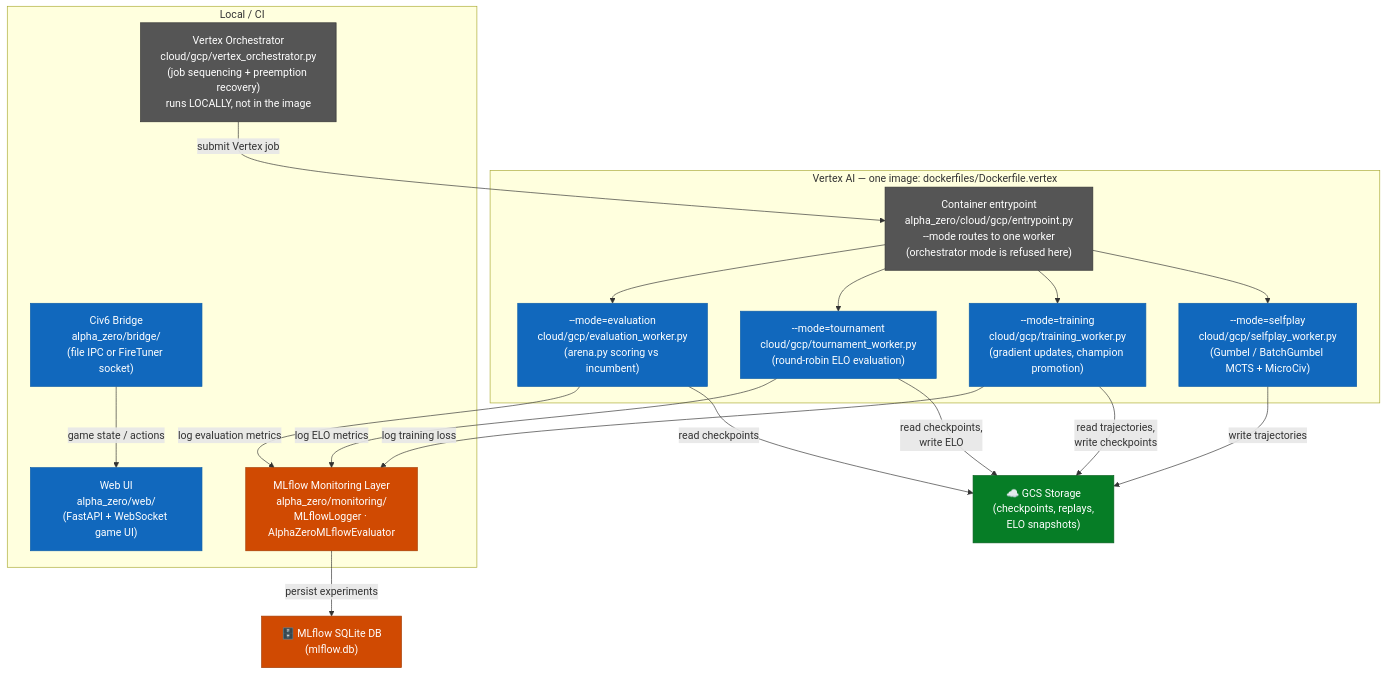
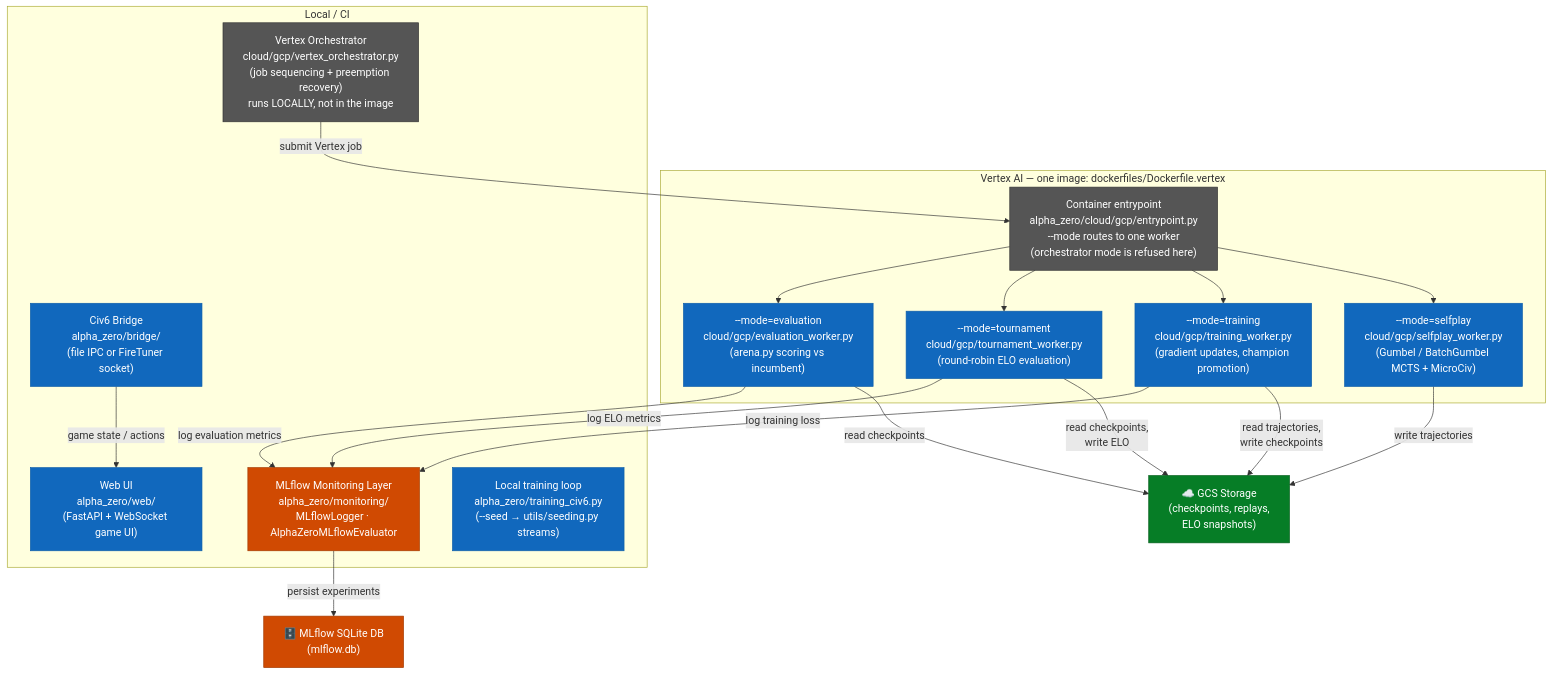
Before and after one commit to Mango-Metrics-NLM/Civ6-AlphaZero: the second of 7 diagrams in docs/architecture/C4_ARCHITECTURE.md, drawn with Mermaid. The commit also changed other lines of this file and 24 other files, not shown here.

````diff
--- a/docs/architecture/C4_ARCHITECTURE.md
+++ b/docs/architecture/C4_ARCHITECTURE.md
@@ -68,43 +68,44 @@
 ```mermaid
 flowchart TB
     classDef worker fill:#1168BD,color:#fff,stroke:#0E5EA8
     classDef storage fill:#067D26,color:#fff,stroke:#055E1C
     classDef new fill:#D04A02,color:#fff,stroke:#A33A01
     classDef infra fill:#555,color:#fff,stroke:#333
 
     GCS["☁️ GCS Storage\n(checkpoints, replays,\nELO snapshots)"]:::storage
     MLiteDB["🗄️ MLflow SQLite DB\n(mlflow.db)"]:::new
 
     subgraph VertexAI["Vertex AI — one image: dockerfiles/Dockerfile.vertex"]
         Entry["Container entrypoint\nalpha_zero/cloud/gcp/entrypoint.py\n--mode routes to one worker\n(orchestrator mode is refused here)"]:::infra
         SPWorker["--mode=selfplay\ncloud/gcp/selfplay_worker.py\n(Gumbel / BatchGumbel MCTS + MicroCiv)"]:::worker
         TrainWorker["--mode=training\ncloud/gcp/training_worker.py\n(gradient updates, champion promotion)"]:::worker
         TournWorker["--mode=tournament\ncloud/gcp/tournament_worker.py\n(round-robin ELO evaluation)"]:::worker
         EvalWorker["--mode=evaluation\ncloud/gcp/evaluation_worker.py\n(arena.py scoring vs incumbent)"]:::worker
     end
 
     subgraph Local["Local / CI"]
         VOrch["Vertex Orchestrator\ncloud/gcp/vertex_orchestrator.py\n(job sequencing + preemption recovery)\nruns LOCALLY, not in the image"]:::infra
         MonLayer["MLflow Monitoring Layer\nalpha_zero/monitoring/\nMLflowLogger · AlphaZeroMLflowEvaluator"]:::new
         WebUI["Web UI\nalpha_zero/web/\n(FastAPI + WebSocket game UI)"]:::worker
         Bridge["Civ6 Bridge\nalpha_zero/bridge/\n(file IPC or FireTuner socket)"]:::worker
+        TrainLoop["Local training loop\nalpha_zero/training_civ6.py\n(--seed → utils/seeding.py streams)"]:::worker
     end
 
     VOrch -->|"submit Vertex job"| Entry
     Entry --> SPWorker
     Entry --> TrainWorker
     Entry --> TournWorker
     Entry --> EvalWorker
 
     SPWorker -->|"write trajectories"| GCS
     TrainWorker -->|"read trajectories,\nwrite checkpoints"| GCS
     TournWorker -->|"read checkpoints,\nwrite ELO"| GCS
     EvalWorker -->|"read checkpoints"| GCS
 
     EvalWorker -->|"log evaluation metrics"| MonLayer
     TournWorker -->|"log ELO metrics"| MonLayer
     TrainWorker -->|"log training loss"| MonLayer
     MonLayer -->|"persist experiments"| MLiteDB
 
     Bridge -->|"game state / actions"| WebUI
 ```
````
